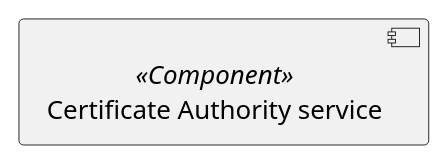
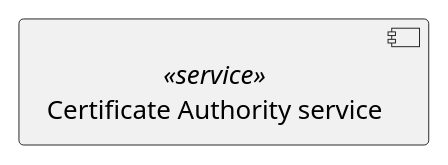
The first of 3 diagrams in diagrams/.library/components/internet-bank/ca-service.puml (RaikBitters/ibank-internal-services), drawn with PlantUML before and after one commit. The commit also changed other lines of this file and 7 other files, not shown here.

Commit message:
Updated 1C Direct-bank diagrams

```diff
--- a/diagrams/.library/components/internet-bank/ca-service.puml
+++ b/diagrams/.library/components/internet-bank/ca-service.puml
@@ -1,6 +1,5 @@
 @startuml (id=component)
 
-    component "Certificate Authority service" as CAService <<Component>>
-
+    component "Certificate Authority service" as CAService <<service>>
 
 @enduml
```
